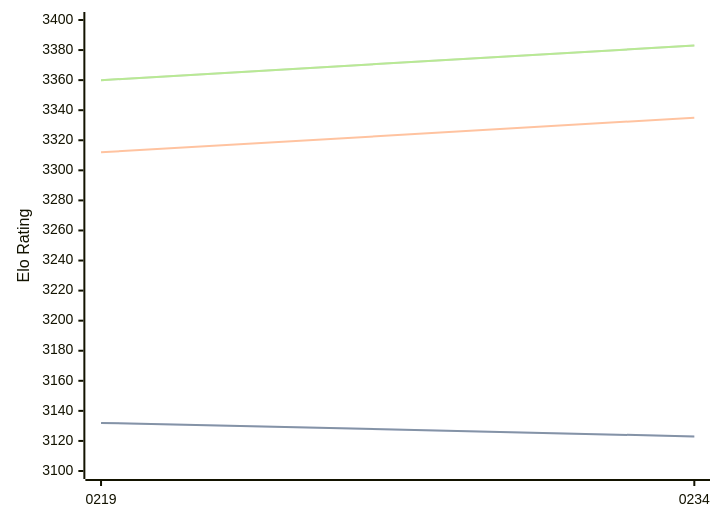
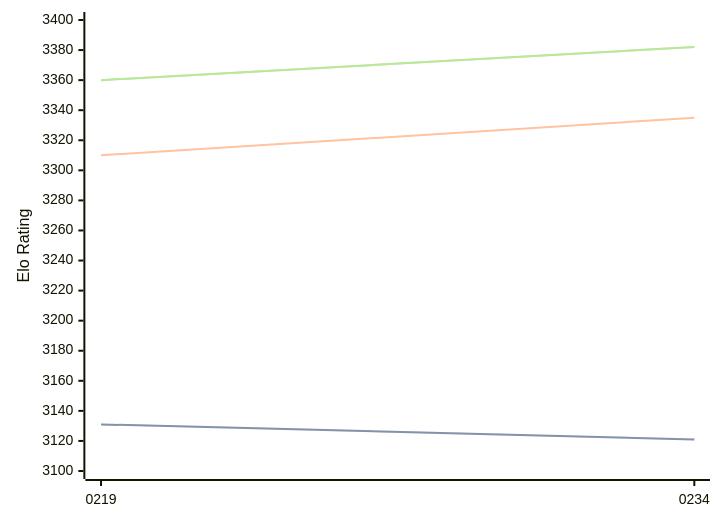
Before and after one commit to computer-chess-index/cci: the diagram in engines/Ynode.md, drawn with Mermaid. The commit also changed other lines of this file, not shown here.

Commit message:
Update CCI Ratings (ELO VLTC) - 2026-08-03

````diff
--- a/engines/Ynode.md
+++ b/engines/Ynode.md
@@ -39,11 +39,11 @@
 ```mermaid
 %%{init: {"theme":"base","themeVariables":{"seriesColors:['#a3a3a3','#222221','#faa371']}}}%%
 xychart-beta
   x-axis ["0219", "0234"]
   y-axis "Elo Rating" 3100 --> 3400
-  line "STC (8.0+0.08s)" [3132, 3123]
-  line "STC (8.0+0.08s)" [3132, 3123]
-  line "LTC (60.0+0.60s)" [3312, 3335]
-  line "VLTC (2m24s+1.12s)" [3360, 3383]
-  line "VLTC (2m24s+1.12s)" [3360, 3383]
+  line "STC (8.0+0.08s)" [3131, 3121]
+  line "STC (8.0+0.08s)" [3131, 3121]
+  line "LTC (60.0+0.60s)" [3310, 3335]
+  line "VLTC (2m24s+1.12s)" [3360, 3382]
+  line "VLTC (2m24s+1.12s)" [3360, 3382]
 ```
````
